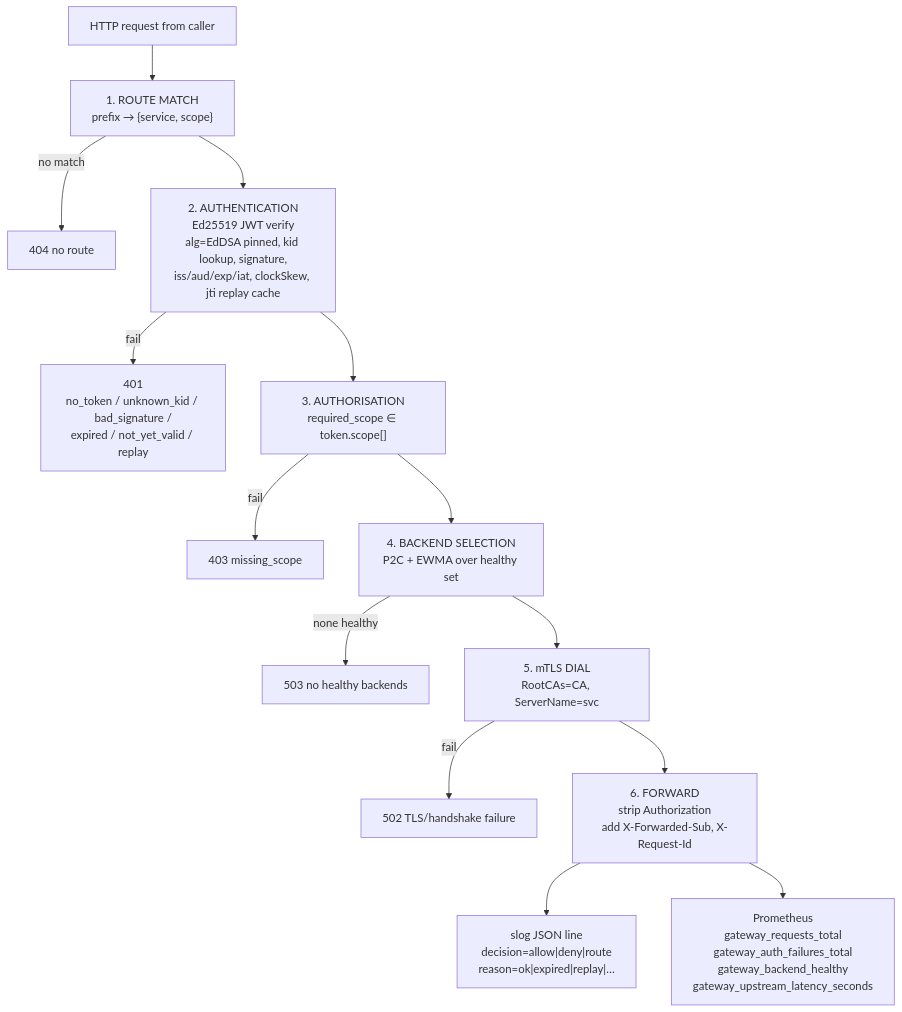
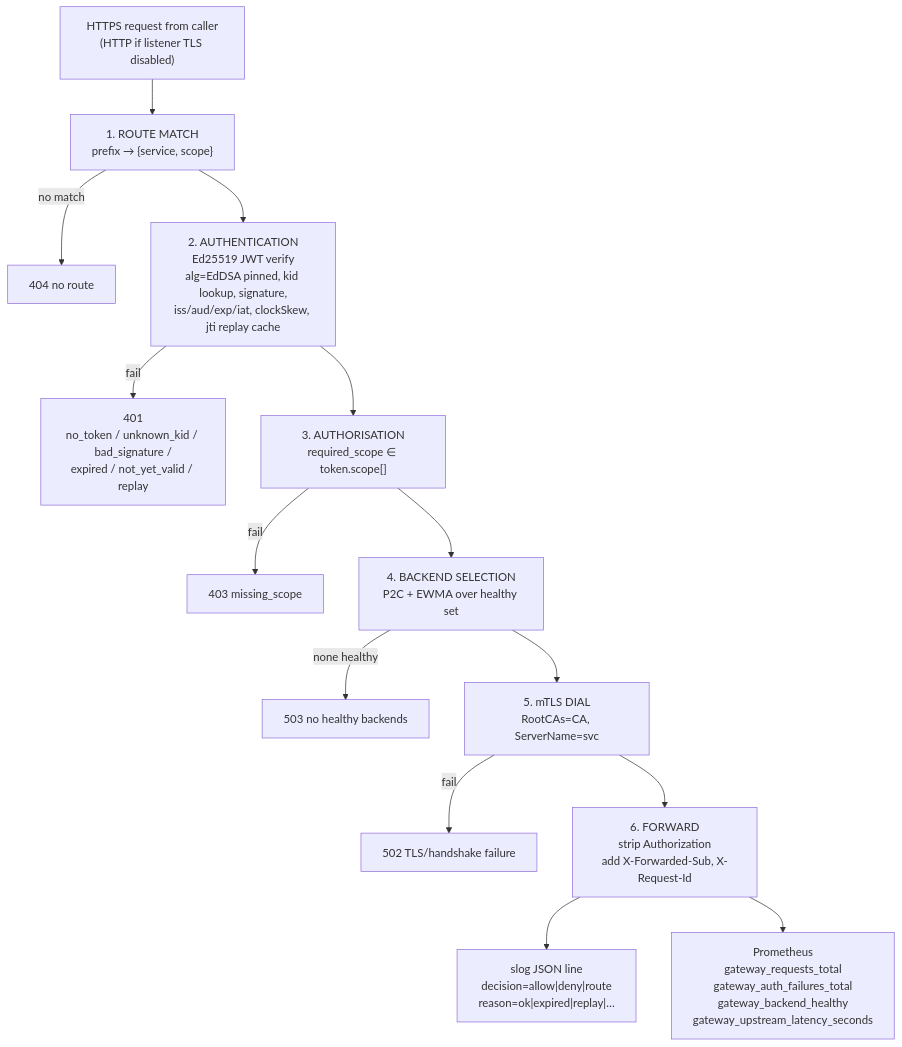
One commit to nitinbhat/secure-svc-gw changed the first of 2 diagrams in README.md. Above: the diagram before and after it, drawn with Mermaid. The commit also changed 1 other file, not shown here.

Commit message:
ci: test the published GHCR image on main; build locally elsewhere
- README: decision pipeline diagram entry node now says 'HTTPS request
  from caller (HTTP if listener TLS disabled)' instead of plain HTTP,
  matching the new TLS-by-default behavior.
- smoke and integration-kind now branch on github.ref: on main pushes
  they log in to GHCR and pull the image build-push just published
  (make demo / make images-pull IMAGE_TAG=$sha), so CI actually
  verifies what gets shipped. On PRs and the integration branch they
  keep building locally (make container / make images-load) since no
  image is published there.

````diff
--- a/README.md
+++ b/README.md
@@ -89,28 +89,28 @@
 ```mermaid
 flowchart TD
-    REQ["HTTP request from caller"] --> ROUTE
+    REQ["HTTPS request from caller\n(HTTP if listener TLS disabled)"] --> ROUTE
 
     ROUTE["1. ROUTE MATCH\nprefix → {service, scope}"]
     ROUTE -- "no match" --> E404["404 no route"]
     ROUTE --> AUTHN
 
     AUTHN["2. AUTHENTICATION\nEd25519 JWT verify\nalg=EdDSA pinned, kid lookup, signature,\niss/aud/exp/iat, clockSkew, jti replay cache"]
     AUTHN -- "fail" --> E401["401\nno_token / unknown_kid / bad_signature /\nexpired / not_yet_valid / replay"]
     AUTHN --> AUTHZ
 
     AUTHZ["3. AUTHORISATION\nrequired_scope ∈ token.scope[]"]
     AUTHZ -- "fail" --> E403["403 missing_scope"]
     AUTHZ --> PICK
 
     PICK["4. BACKEND SELECTION\nP2C + EWMA over healthy set"]
     PICK -- "none healthy" --> E503["503 no healthy backends"]
     PICK --> MTLS
 
     MTLS["5. mTLS DIAL\nRootCAs=CA, ServerName=svc"]
     MTLS -- "fail" --> E502["502 TLS/handshake failure"]
     MTLS --> FWD
 
     FWD["6. FORWARD\nstrip Authorization\nadd X-Forwarded-Sub, X-Request-Id"]
     FWD --> LOG["slog JSON line\ndecision=allow|deny|route\nreason=ok|expired|replay|…"]
     FWD --> METRICS["Prometheus\ngateway_requests_total\ngateway_auth_failures_total\ngateway_backend_healthy\ngateway_upstream_latency_seconds"]
 ```
````
